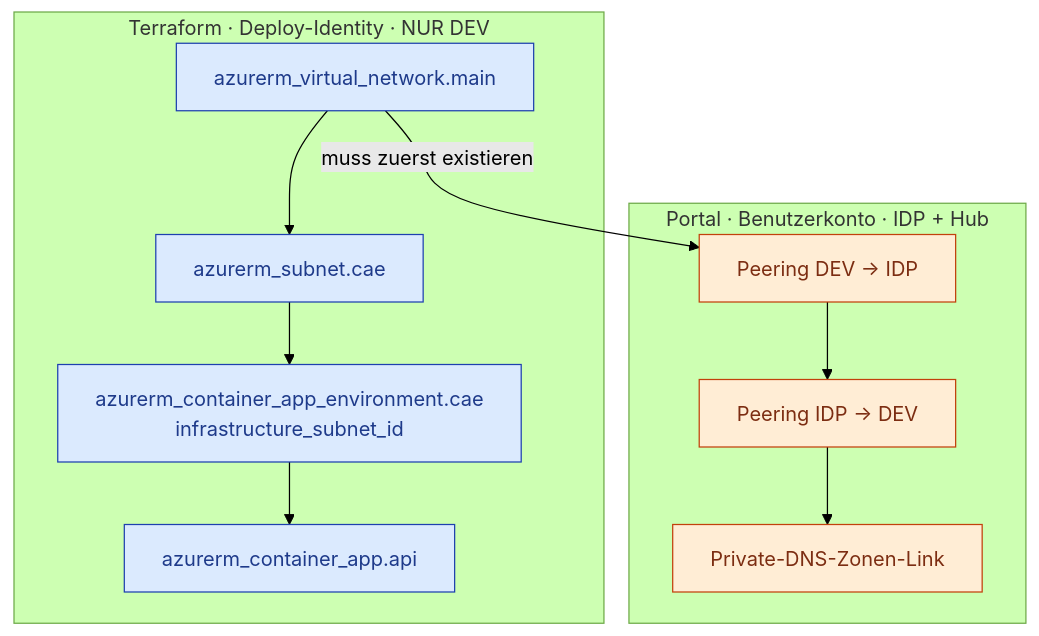
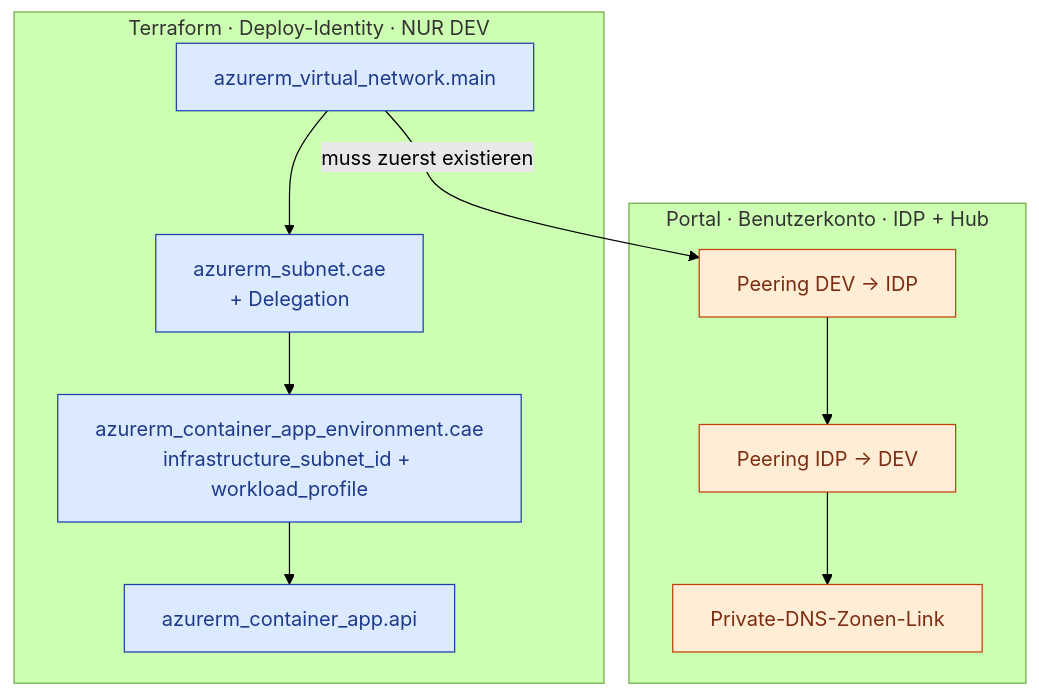
One commit to Ahmaad-dev/agentic-ai-mfg-infrastructure-terraform changed the third of 3 diagrams in docs/NETZWERKARCHITEKTUR.md. Above: the diagram before and after it, drawn with Mermaid (forest theme). The commit also changed other lines of this file and 2 other files, not shown here.

Commit message:
Update network and container app configurations to enforce subnet delegation for VNet integration and specify consumption workload profile

````diff
--- a/docs/NETZWERKARCHITEKTUR.md
+++ b/docs/NETZWERKARCHITEKTUR.md
@@ -176,24 +170,24 @@
 ```mermaid
 flowchart TD
     subgraph TF["Terraform · Deploy-Identity · NUR DEV"]
         T1["azurerm_virtual_network.main"]
-        T2["azurerm_subnet.cae"]
-        T3["azurerm_container_app_environment.cae<br/>infrastructure_subnet_id"]
+        T2["azurerm_subnet.cae<br/>+ Delegation"]
+        T3["azurerm_container_app_environment.cae<br/>infrastructure_subnet_id + workload_profile"]
         T4["azurerm_container_app.api"]
     end
 
     subgraph MAN["Portal · Benutzerkonto · IDP + Hub"]
         M1["Peering DEV → IDP"]
         M2["Peering IDP → DEV"]
         M3["Private-DNS-Zonen-Link"]
     end
 
     T1 --> T2 --> T3 --> T4
     T1 -->|"muss zuerst existieren"| M1
     M1 --> M2 --> M3
 
     classDef own fill:#dbeafe,stroke:#1e40af,color:#1e3a8a
     classDef man fill:#ffedd5,stroke:#c2410c,color:#7c2d12
     class T1,T2,T3,T4 own
     class M1,M2,M3 man
 ```
````
